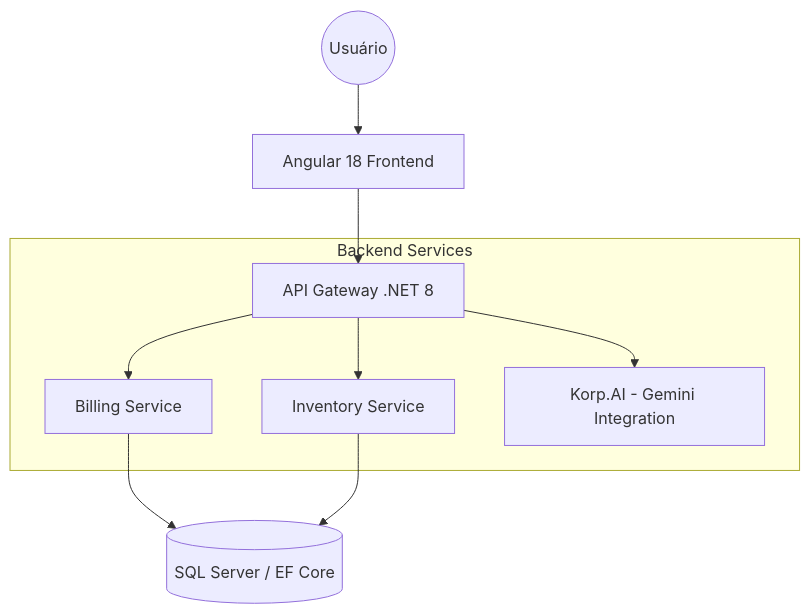
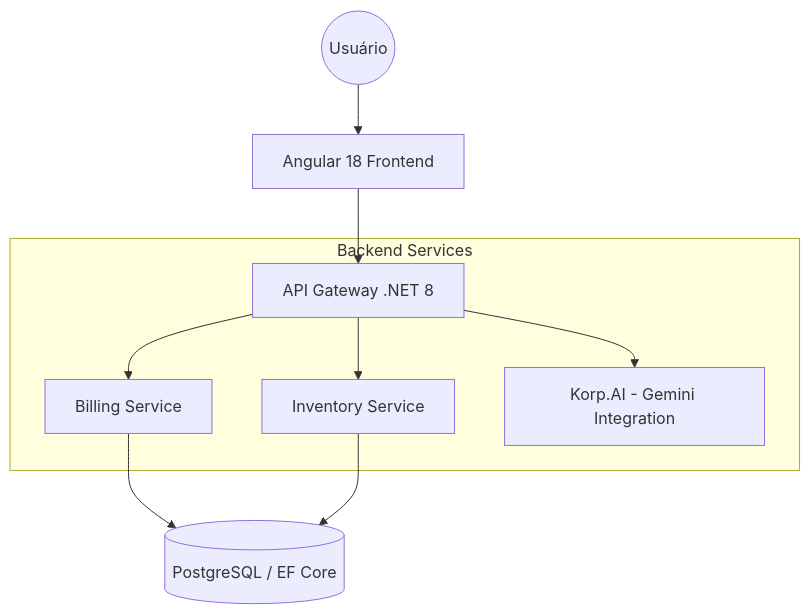
Before and after one commit to mauricio-alves/Korp_Teste_MauricioAlves: the diagram in README.md, drawn with Mermaid. The commit also changed 6 other files, not shown here.

````diff
--- a/README.md
+++ b/README.md
@@ -13,14 +13,14 @@
 ```mermaid
 graph TD
     User((Usuário)) --> Frontend[Angular 18 Frontend]
     Frontend --> ApiGateway[API Gateway .NET 8]
 
     subgraph Backend Services
         ApiGateway --> BillingService[Billing Service]
         ApiGateway --> InventoryService[Inventory Service]
         ApiGateway --> KorpAI[Korp.AI - Gemini Integration]
     end
 
-    BillingService --> Database[(SQL Server / EF Core)]
+    BillingService --> Database[(PostgreSQL / EF Core)]
     InventoryService --> Database
 ```
````
